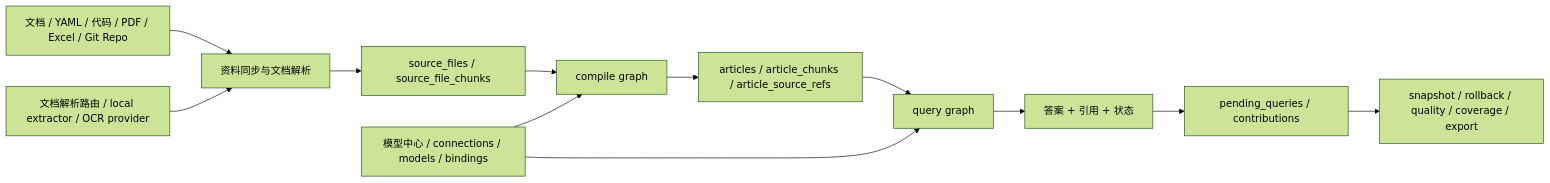
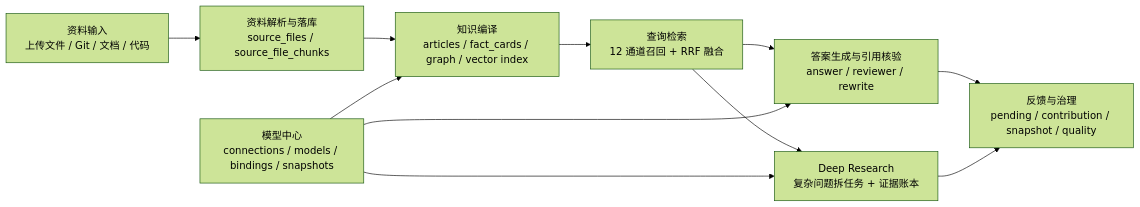
One commit to small-xiexu/Lattice-java changed the diagram in README.md. Above: the diagram before and after it, drawn with Mermaid (forest theme). The commit also changed other lines of this file and 4 other files, not shown here.

````diff
--- a/README.md
+++ b/README.md
@@ -77,15 +30,13 @@
 ```mermaid
 flowchart LR
-    A["文档 / YAML / 代码 / PDF / Excel / Git Repo"] --> B["资料同步与文档解析"]
-    B --> C["source_files / source_file_chunks"]
-    C --> D["compile graph"]
-    D --> E["articles / article_chunks / article_source_refs"]
-    E --> F["query graph"]
-    F --> G["答案 + 引用 + 状态"]
-    G --> H["pending_queries / contributions"]
-    H --> I["snapshot / rollback / quality / coverage / export"]
-
-    J["模型中心 / connections / models / bindings"] --> D
-    J --> F
-    K["文档解析路由 / local extractor / OCR provider"] --> B
+    A["资料输入<br/>上传文件 / Git / 文档 / 代码"] --> B["资料解析与落库<br/>source_files / source_file_chunks"]
+    B --> C["知识编译<br/>articles / fact_cards / graph / vector index"]
+    C --> D["查询检索<br/>12 通道召回 + RRF 融合"]
+    D --> E["答案生成与引用核验<br/>answer / reviewer / rewrite"]
+    D --> F["Deep Research<br/>复杂问题拆任务 + 证据账本"]
+    E --> G["反馈与治理<br/>pending / contribution / snapshot / quality"]
+    F --> G
+    H["模型中心<br/>connections / models / bindings / snapshots"] --> C
+    H --> E
+    H --> F
 ```
````
